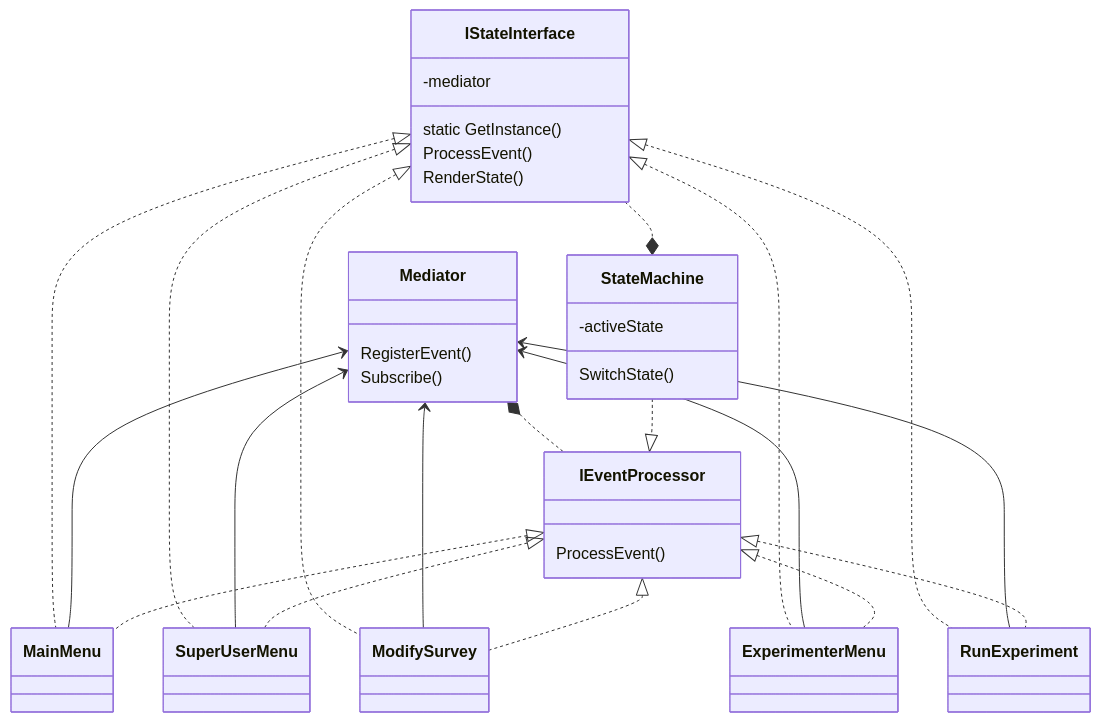
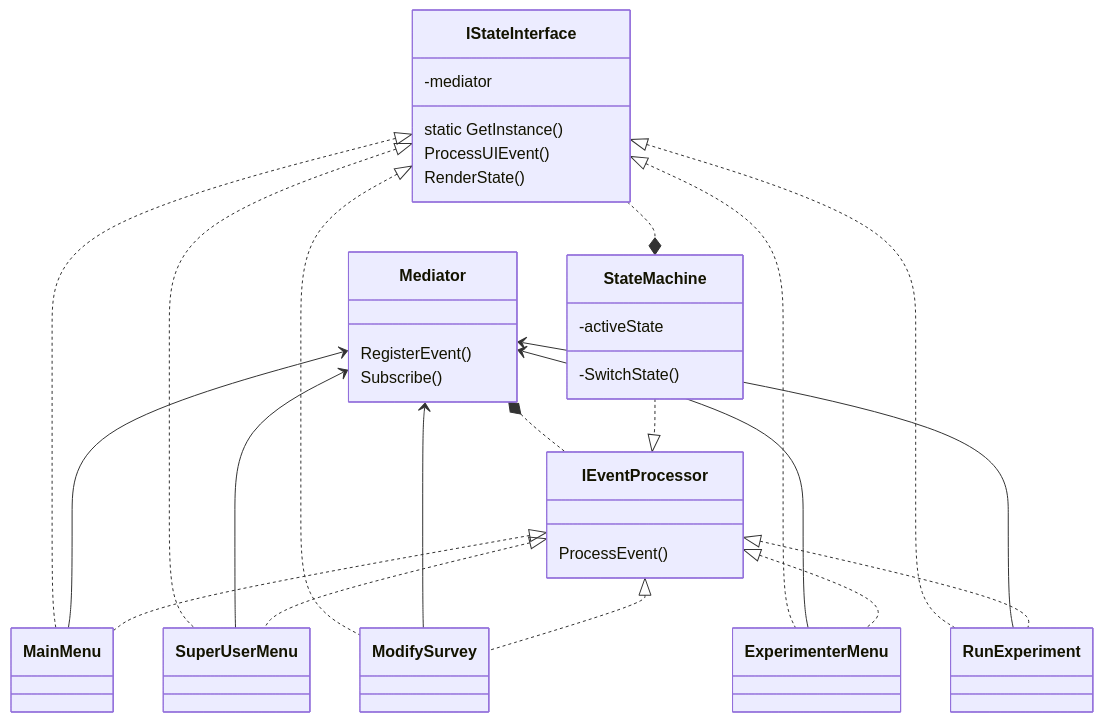
Before and after one commit to jonasreholt/SEA: the diagram in UML/class_diagrams/StateMachine.md, drawn with Mermaid. The commit also changed 1 other file, not shown here.

Commit message:
made SwitchState private in the StateMachine, and made Survey aggregation and answers a composition in the survey class diagram

````diff
--- a/UML/class_diagrams/StateMachine.md
+++ b/UML/class_diagrams/StateMachine.md
@@ -1,42 +1,42 @@
 ```mermaid
 classDiagram
 
     class StateMachine{
         -activeState
-        SwitchState()
+        -SwitchState()
     }
 
     class IEventProcessor{
         ProcessEvent()
     }
     class IStateInterface{
         -mediator
         static GetInstance()
-        ProcessEvent()
+        ProcessUIEvent()
         RenderState()
     }
     class Mediator{
         RegisterEvent()
         Subscribe()
     }
 
     IStateInterface     ..* StateMachine
     IStateInterface     <|.. MainMenu
     IStateInterface     <|.. SuperUserMenu
     IStateInterface     <|.. ModifySurvey
     IStateInterface     <|.. ExperimenterMenu
     IStateInterface     <|.. RunExperiment
     Mediator            <--     MainMenu           
     Mediator            <--     SuperUserMenu       
     Mediator            <--     ModifySurvey        
     Mediator            <--     ExperimenterMenu    
     Mediator            <--     RunExperiment       
     Mediator *.. IEventProcessor
     IEventProcessor     <|.. MainMenu
     IEventProcessor     <|.. SuperUserMenu
     IEventProcessor     <|.. ModifySurvey
     IEventProcessor     <|.. ExperimenterMenu
     IEventProcessor     <|.. RunExperiment
     StateMachine        ..|> IEventProcessor
 
 ```
````
